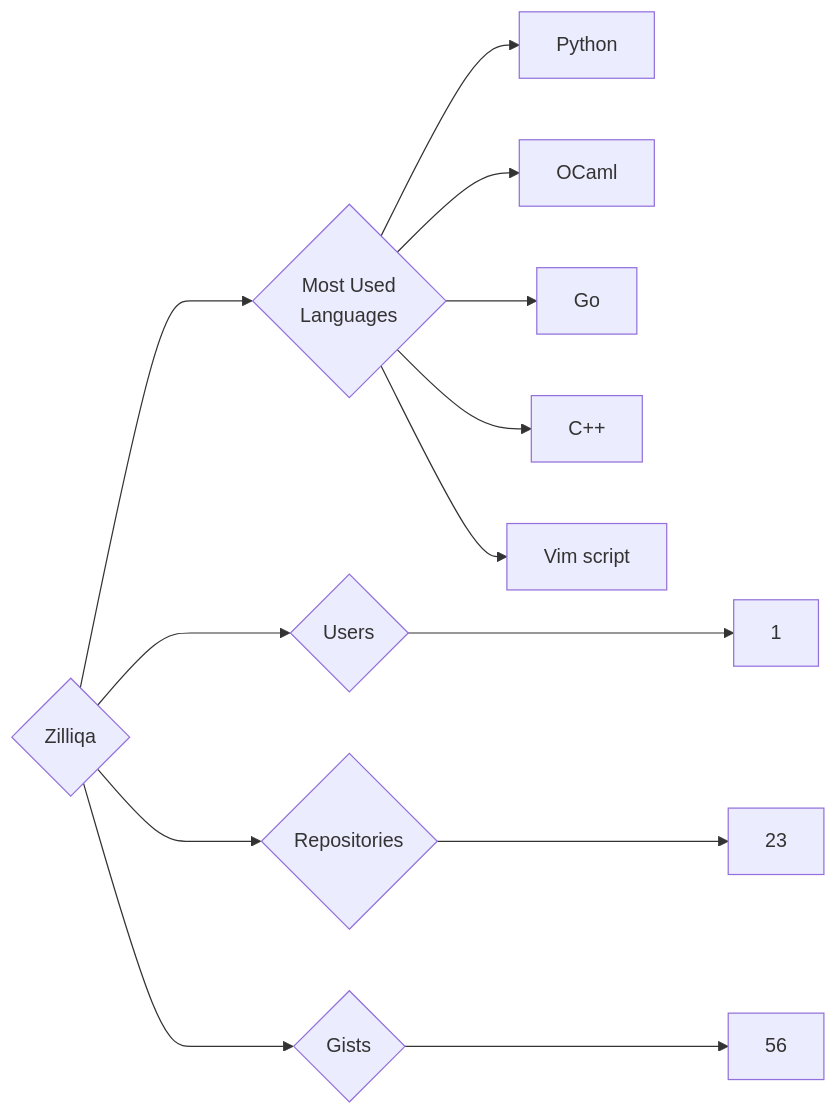
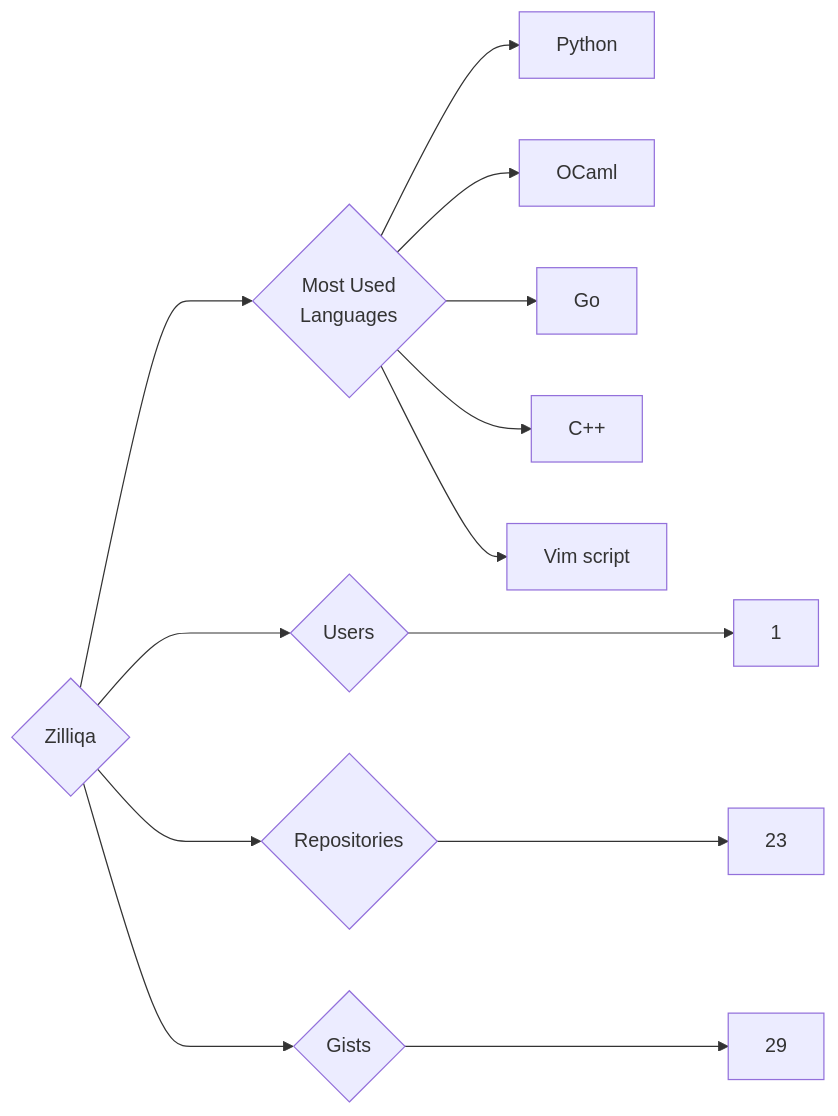
Before and after one commit to trickest/insiders: the diagram in targets/Zilliqa/README.md, drawn with Mermaid. The commit also changed 898 other files, not shown here.

````diff
--- a/targets/Zilliqa/README.md
+++ b/targets/Zilliqa/README.md
@@ -3,13 +3,13 @@
 ```mermaid
 graph LR
 COMPANY_NAME{Zilliqa}
 COMPANY_NAME ---> U{Users} ---> UN[1]
 COMPANY_NAME ---> R{Repositories} ---> RN[23]
-COMPANY_NAME ---> G{Gists} ---> GN[56]
+COMPANY_NAME ---> G{Gists} ---> GN[29]
 COMPANY_NAME ---> ML{Most Used<br>Languages}
 ML --> Python[Python]
 ML --> OCaml[OCaml]
 ML --> Go[Go]
 ML --> C++[C++]
 ML --> Vim_script[Vim script]
 ```
````
